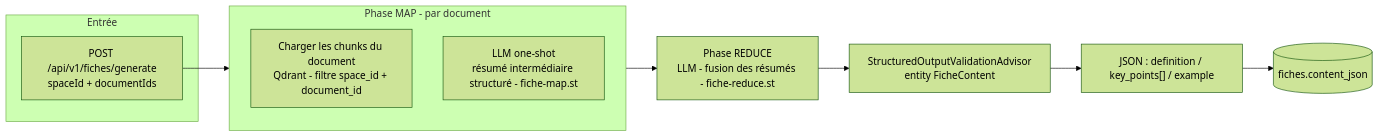
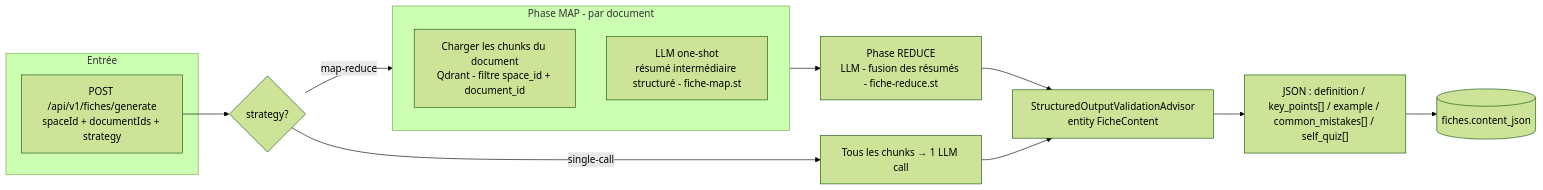
Before and after one commit to MixMaster2005/TsimokaAI: the first of 2 diagrams in fiche-service/README.md, drawn with Mermaid (forest theme). The commit also changed other lines of this file and 3 other files, not shown here.

````diff
--- a/fiche-service/README.md
+++ b/fiche-service/README.md
@@ -46,15 +82,18 @@
 ```mermaid
 flowchart LR
     subgraph Entrée
-        REQ["POST /api/v1/fiches/generate<br/>spaceId + documentIds"]
+        REQ["POST /api/v1/fiches/generate<br/>spaceId + documentIds + strategy"]
     end
-    REQ --> MAP
+    REQ --> STRAT{strategy?}
+    STRAT -->|map-reduce| MAP
+    STRAT -->|single-call| SC["Tous les chunks → 1 LLM call"]
     subgraph MAP["Phase MAP - par document"]
         M1["Charger les chunks du document<br/>Qdrant - filtre space_id + document_id"]
         M2["LLM one-shot<br/>résumé intermédiaire structuré - fiche-map.st"]
     end
     MAP --> RED["Phase REDUCE<br/>LLM - fusion des résumés - fiche-reduce.st"]
     RED --> VAL["StructuredOutputValidationAdvisor<br/>entity FicheContent"]
-    VAL --> JSON["JSON : definition / key_points[] / example"]
+    SC --> VAL
+    VAL --> JSON["JSON : definition / key_points[] / example / common_mistakes[] / self_quiz[]"]
     JSON --> DB[("fiches.content_json")]
 ```
````
